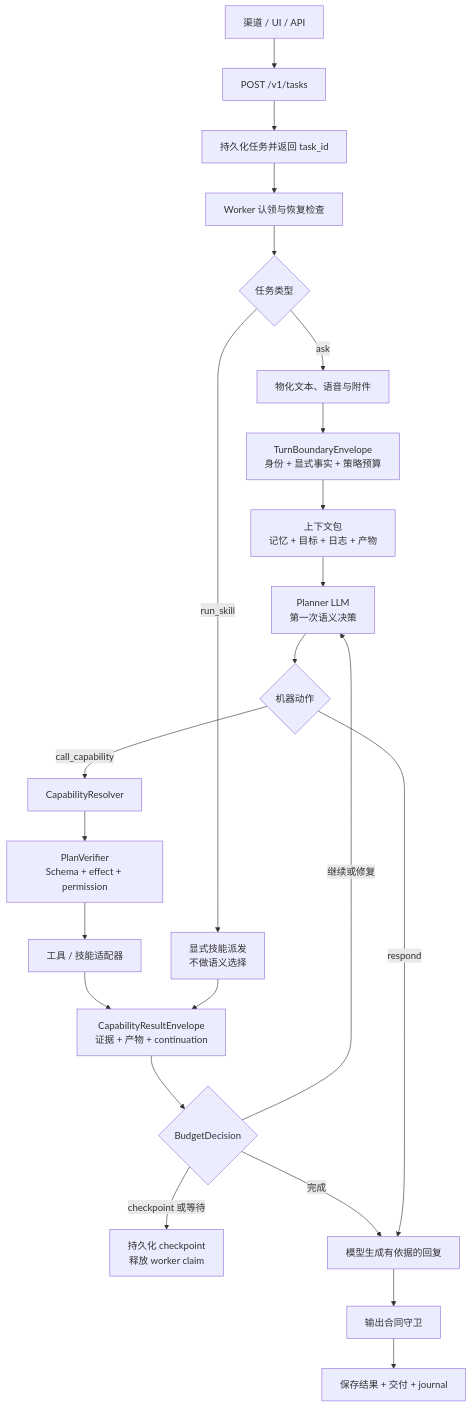
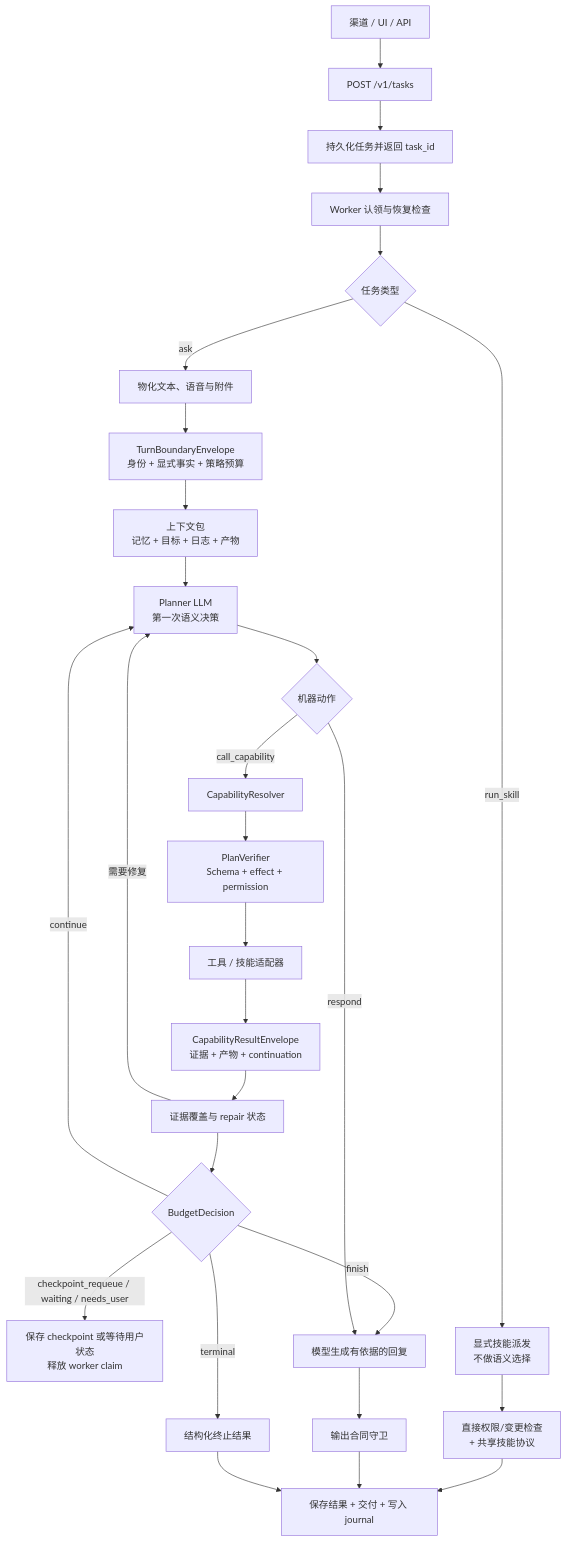
One commit to MatrixCoreX/RustClaw changed the diagram in docs/architecture/01-agent-loop.zh-CN.md. Above: the diagram before and after it, drawn with Mermaid. The commit also changed other lines of this file and 17 other files, not shown here.

Commit message:
docs: synchronize architecture learning guide

````diff
--- a/docs/architecture/01-agent-loop.zh-CN.md
+++ b/docs/architecture/01-agent-loop.zh-CN.md
@@ -8,25 +10,30 @@
 ```mermaid
 flowchart TD
     A[渠道 / UI / API] --> B[POST /v1/tasks]
     B --> C[持久化任务并返回 task_id]
     C --> D[Worker 认领与恢复检查]
     D --> E{任务类型}
     E -->|ask| F[物化文本、语音与附件]
     F --> G[TurnBoundaryEnvelope<br/>身份 + 显式事实 + 策略预算]
     G --> H[上下文包<br/>记忆 + 目标 + 日志 + 产物]
     H --> I[Planner LLM<br/>第一次语义决策]
     I --> J{机器动作}
     J -->|call_capability| K[CapabilityResolver]
     K --> L[PlanVerifier<br/>Schema + effect + permission]
     L --> M[工具 / 技能适配器]
     M --> N[CapabilityResultEnvelope<br/>证据 + 产物 + continuation]
-    N --> O{BudgetDecision}
-    O -->|继续或修复| I
-    O -->|checkpoint 或等待| P[持久化 checkpoint<br/>释放 worker claim]
-    O -->|完成| Q[模型生成有依据的回复]
+    N --> O[证据覆盖与 repair 状态]
+    O -->|需要修复| I
+    O --> P{BudgetDecision}
+    P -->|continue| I
+    P -->|checkpoint_requeue / waiting / needs_user| U[保存 checkpoint 或等待用户状态<br/>释放 worker claim]
+    P -->|finish| Q[模型生成有依据的回复]
+    P -->|terminal| V[结构化终止结果]
     J -->|respond| Q
     E -->|run_skill| R[显式技能派发<br/>不做语义选择]
-    R --> N
+    R --> W[直接权限/变更检查<br/>+ 共享技能协议]
+    W --> T
     Q --> S[输出合同守卫]
-    S --> T[保存结果 + 交付 + journal]
+    S --> T[保存结果 + 交付 + 写入 journal]
+    V --> T
 ```
````
